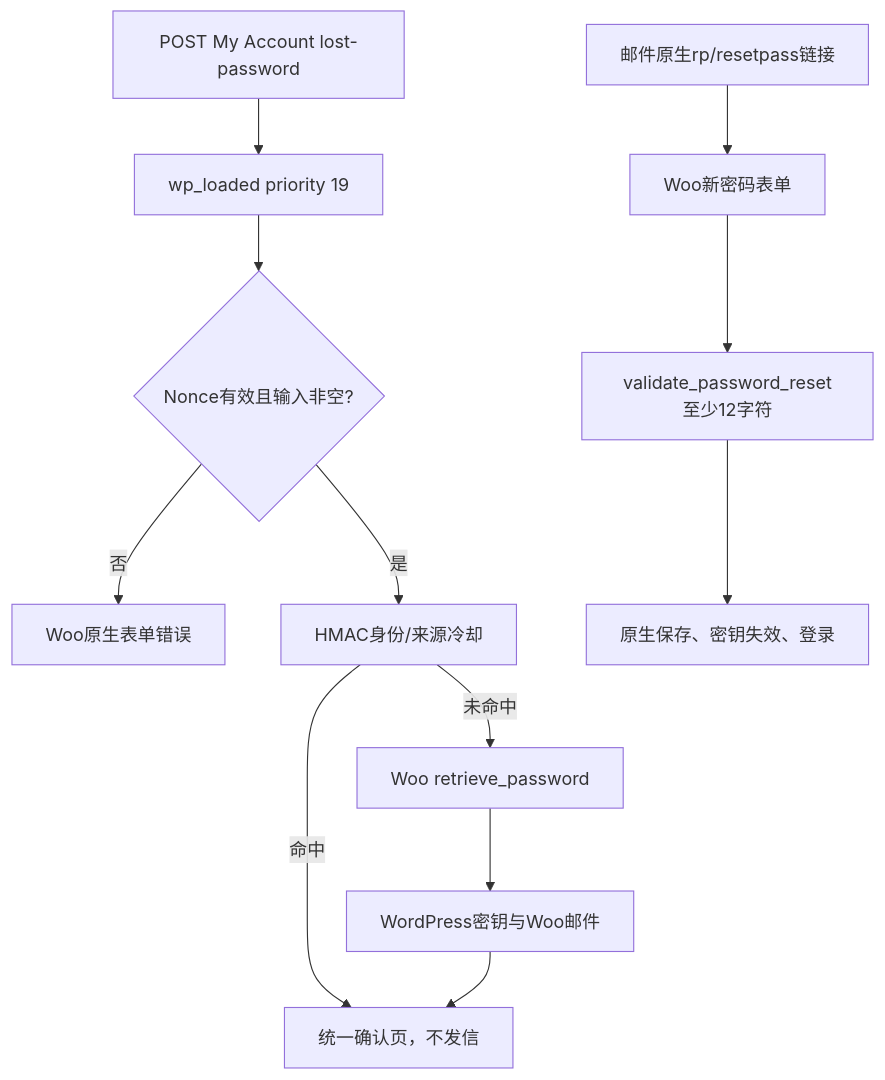
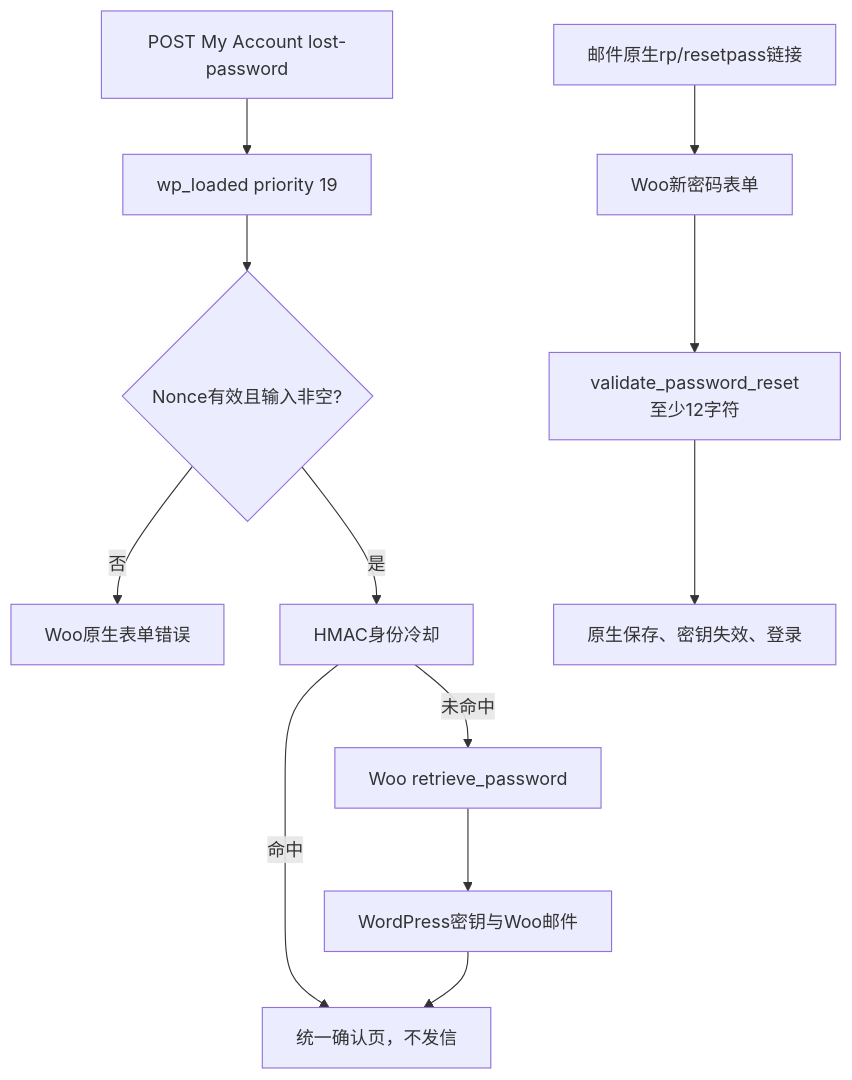
Before and after one commit to nicewangli/dentall: the second of 2 diagrams in project-docs/笔记/WordPress实战笔记/Day80-WooCommerce密码重置与防枚举.md, drawn with Mermaid. The commit also changed other lines of this file and 8 other files, not shown here.

````diff
--- a/project-docs/笔记/WordPress实战笔记/Day80-WooCommerce密码重置与防枚举.md
+++ b/project-docs/笔记/WordPress实战笔记/Day80-WooCommerce密码重置与防枚举.md
@@ -95,14 +94,14 @@
 ```mermaid
 flowchart TD
     A["POST My Account lost-password"] --> B["wp_loaded priority 19"]
     B --> C{"Nonce有效且输入非空?"}
     C -- 否 --> D["Woo原生表单错误"]
-    C -- 是 --> E["HMAC身份/来源冷却"]
+    C -- 是 --> E["HMAC身份冷却"]
     E -- 命中 --> F["统一确认页，不发信"]
     E -- 未命中 --> G["Woo retrieve_password"]
     G --> H["WordPress密钥与Woo邮件"]
     H --> F
     I["邮件原生rp/resetpass链接"] --> J["Woo新密码表单"]
     J --> K["validate_password_reset至少12字符"]
     K --> L["原生保存、密钥失效、登录"]
 ```
````
